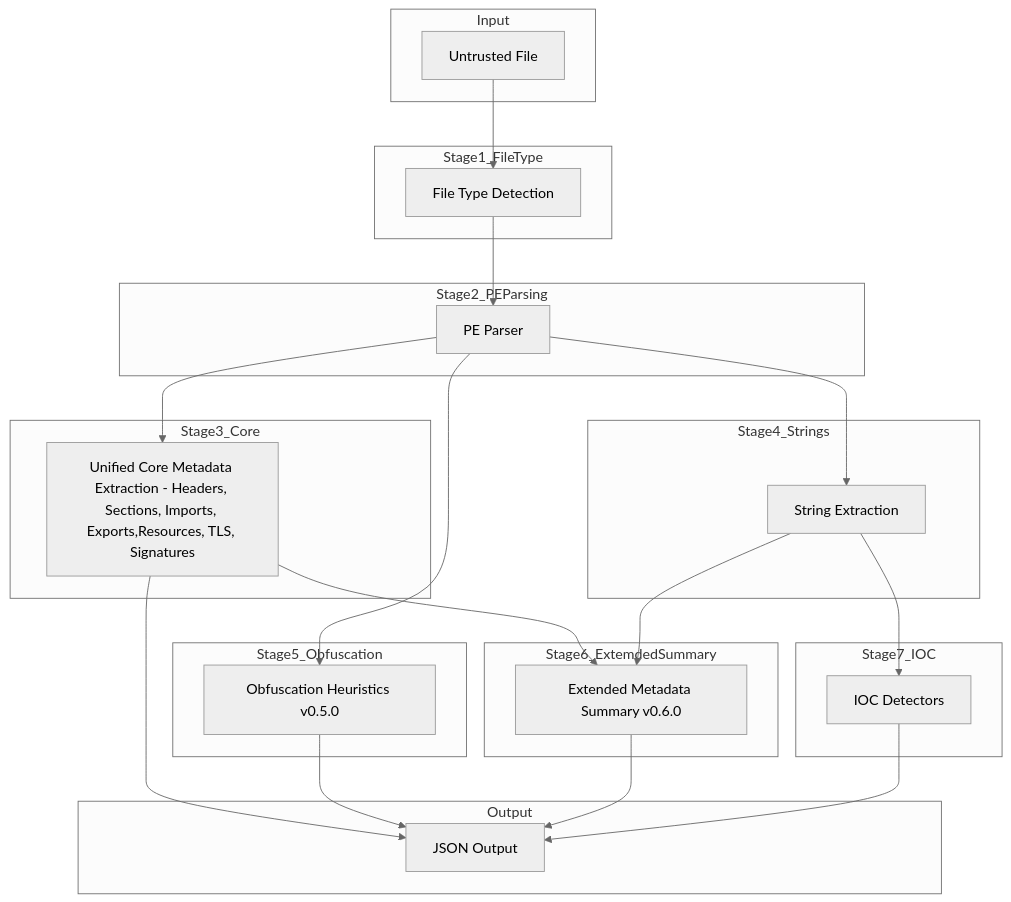
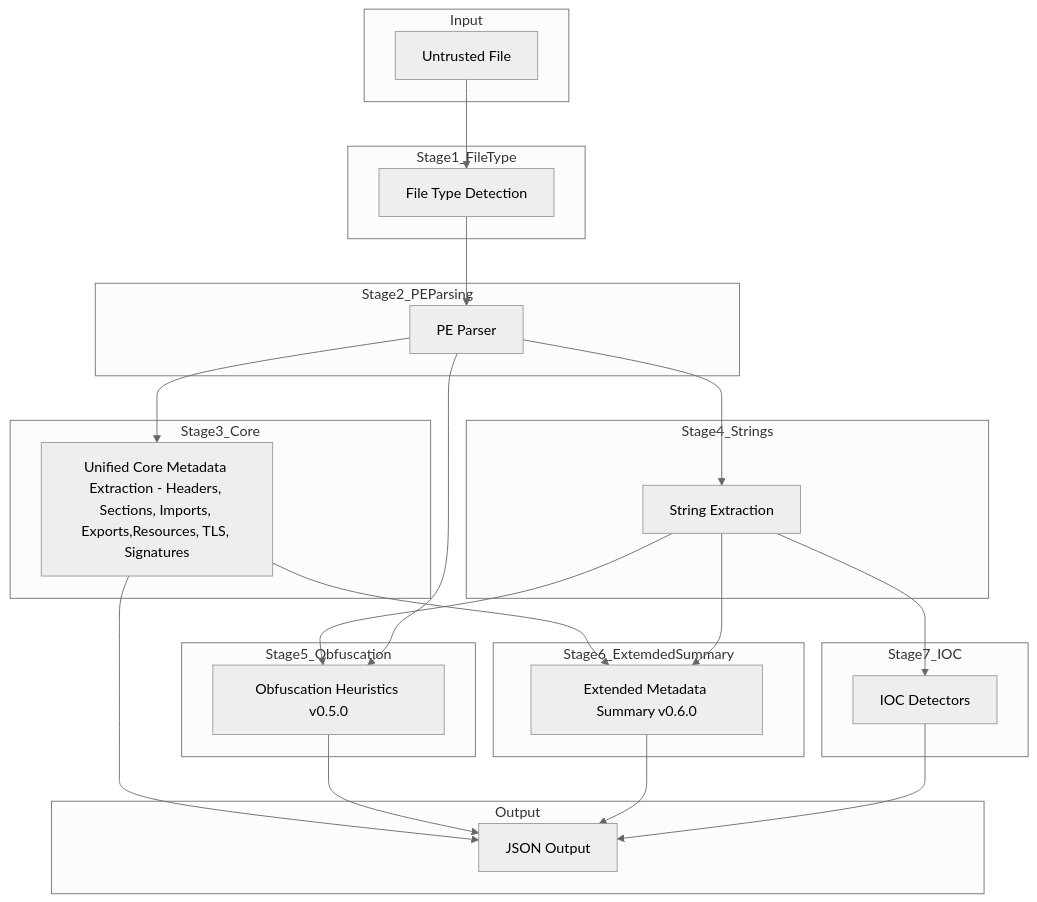
One commit to iocx-dev/iocx changed the diagram in docs/pe-pipeline.md. Above: the diagram before and after it, drawn with Mermaid (neutral theme).

Commit message:
Slight change to control flow #2

````diff
--- a/docs/pe-pipeline.md
+++ b/docs/pe-pipeline.md
@@ -33,57 +33,58 @@
 ```mermaid
 flowchart TD
 
     subgraph Input
         F[Untrusted File]
     end
 
     subgraph Stage1_FileType
         MAGIC[File Type Detection]
     end
 
     subgraph Stage2_PEParsing
         PE[PE Parser]
     end
 
     subgraph Stage3_Core
         CORE[Unified Core Metadata Extraction - Headers, Sections, Imports, Exports,Resources, TLS, Signatures]
     end
 
     subgraph Stage4_Strings
         STR[String Extraction]
     end
 
     subgraph Stage5_Obfuscation
         OBF[Obfuscation Heuristics v0.5.0]
     end
 
     subgraph Stage6_ExtemdedSummary
         META6[Extended Metadata Summary v0.6.0]
     end
 
     subgraph Stage7_IOC
         DET[IOC Detectors]
     end
 
     subgraph Output
         OUT[JSON Output]
     end
 
     F --> MAGIC
     MAGIC --> PE
 
     PE --> CORE
     PE --> STR
 
+    STR --> OBF
     PE --> OBF
 
     CORE --> OUT
     STR --> DET
     OBF --> OUT
 
     CORE--> META6
     STR --> META6
     META6 --> OUT
 
     DET --> OUT
 ```
````
